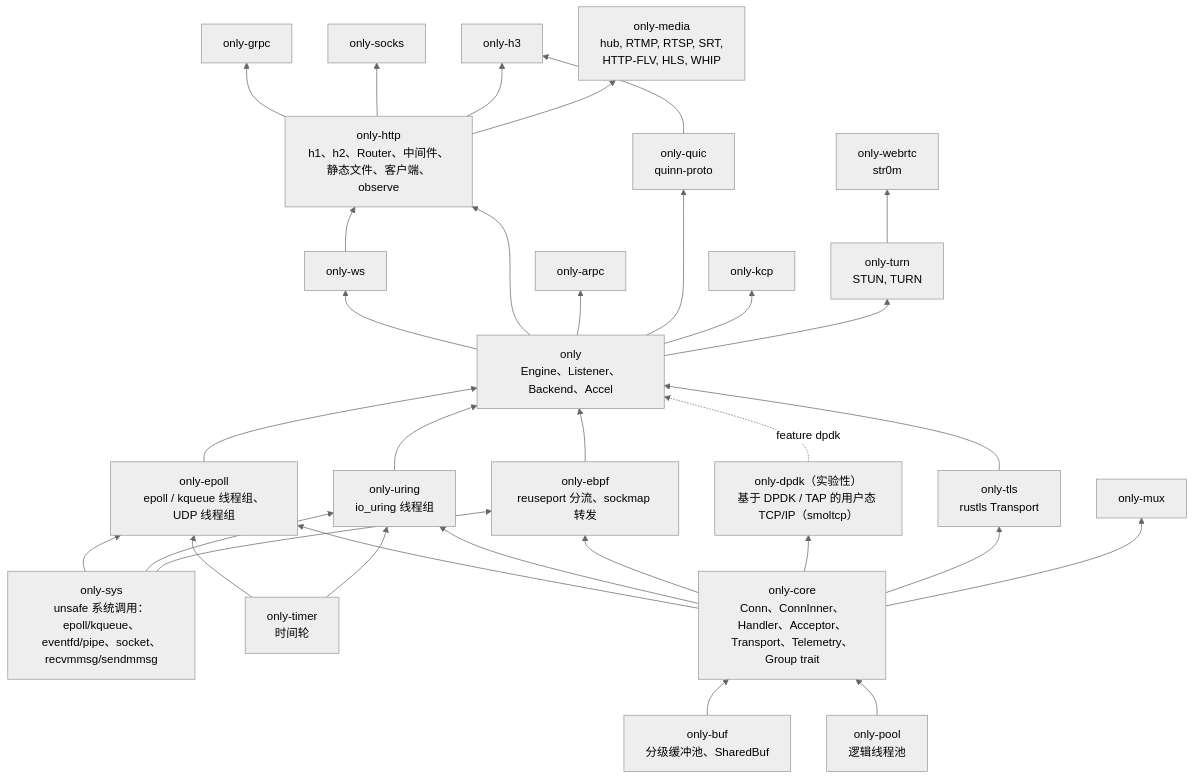
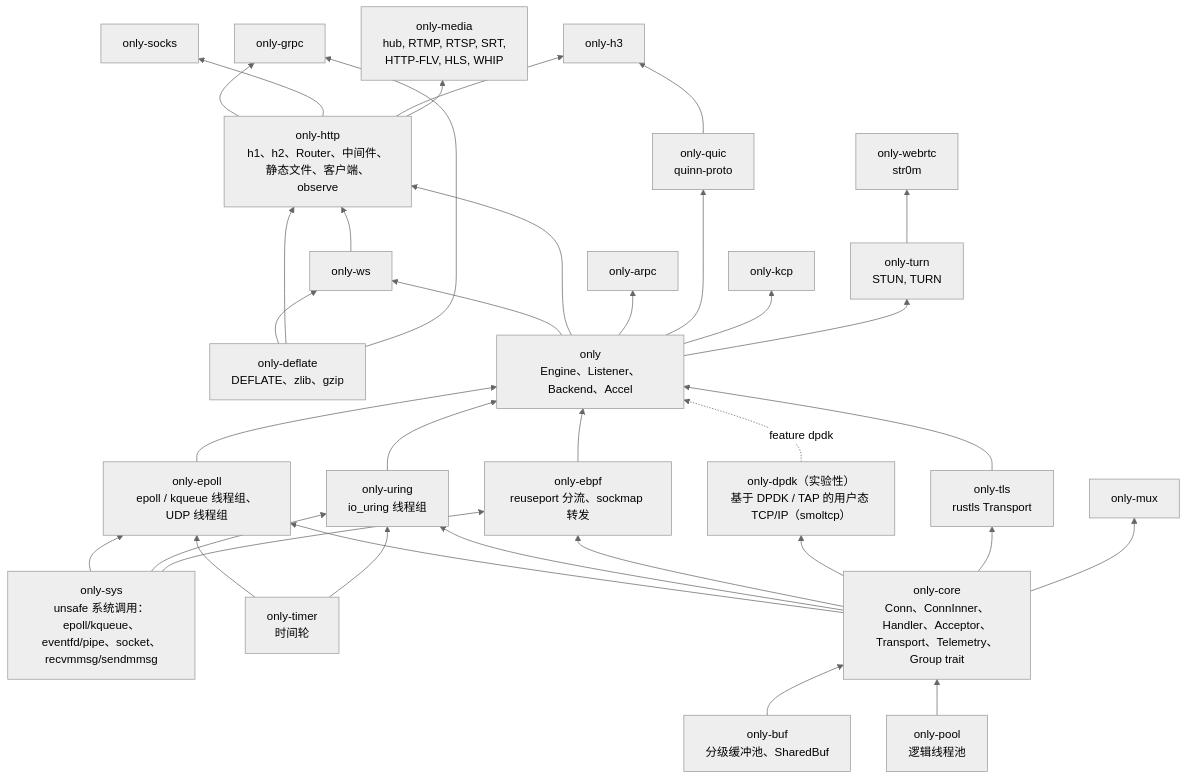
Before and after one commit to lesismal/akio: the first of 6 diagrams in docs/architecture.zh-CN.md, drawn with Mermaid (neutral theme). The commit also changed other lines of this file and 1682 other files, not shown here.

First line of the commit message:
feat: only-deflate, own DEFLATE/zlib/gzip replacing flate2 (DEV-PLAN wave A)

````diff
--- a/docs/architecture.zh-CN.md
+++ b/docs/architecture.zh-CN.md
@@ -12,58 +12,62 @@
 ```mermaid
 flowchart BT
     sys["only-sys<br/>unsafe 系统调用：epoll/kqueue、<br/>eventfd/pipe、socket、recvmmsg/sendmmsg"]
     buf["only-buf<br/>分级缓冲池、SharedBuf"]
     timer["only-timer<br/>时间轮"]
+    deflate["only-deflate<br/>DEFLATE、zlib、gzip"]
     pool["only-pool<br/>逻辑线程池"]
     core["only-core<br/>Conn、ConnInner、Handler、Acceptor、<br/>Transport、Telemetry、Group trait"]
     epoll["only-epoll<br/>epoll / kqueue 线程组、UDP 线程组"]
     uring["only-uring<br/>io_uring 线程组"]
     ebpf["only-ebpf<br/>reuseport 分流、sockmap 转发"]
     dpdk["only-dpdk（实验性）<br/>基于 DPDK / TAP 的用户态 TCP/IP（smoltcp）"]
     tls["only-tls<br/>rustls Transport"]
     facade["only<br/>Engine、Listener、Backend、Accel"]
     http["only-http<br/>h1、h2、Router、中间件、<br/>静态文件、客户端、observe"]
     ws[only-ws]
     grpc[only-grpc]
     arpc[only-arpc]
     socks[only-socks]
     mux[only-mux]
     quic["only-quic<br/>quinn-proto"]
     h3[only-h3]
     kcp[only-kcp]
     turn["only-turn<br/>STUN, TURN"]
     webrtc["only-webrtc<br/>str0m"]
     media["only-media<br/>hub, RTMP, RTSP, SRT,<br/>HTTP-FLV, HLS, WHIP"]
 
     buf --> core
     pool --> core
     core --> epoll
     sys --> epoll
     timer --> epoll
     core --> uring
     sys --> uring
     timer --> uring
     core --> ebpf
     core --> dpdk
     sys --> ebpf
     core --> tls
     epoll --> facade
     uring --> facade
     ebpf --> facade
     dpdk -.->|feature dpdk| facade
     tls --> facade
     facade --> ws
+    deflate --> ws
+    deflate --> http
+    deflate --> grpc
     facade --> http
     ws --> http
     http --> grpc
     facade --> arpc
     http --> socks
     core --> mux
     facade --> quic
     quic --> h3
     http --> h3
     facade --> kcp
     facade --> turn
     turn --> webrtc
     http --> media
 ```
````
